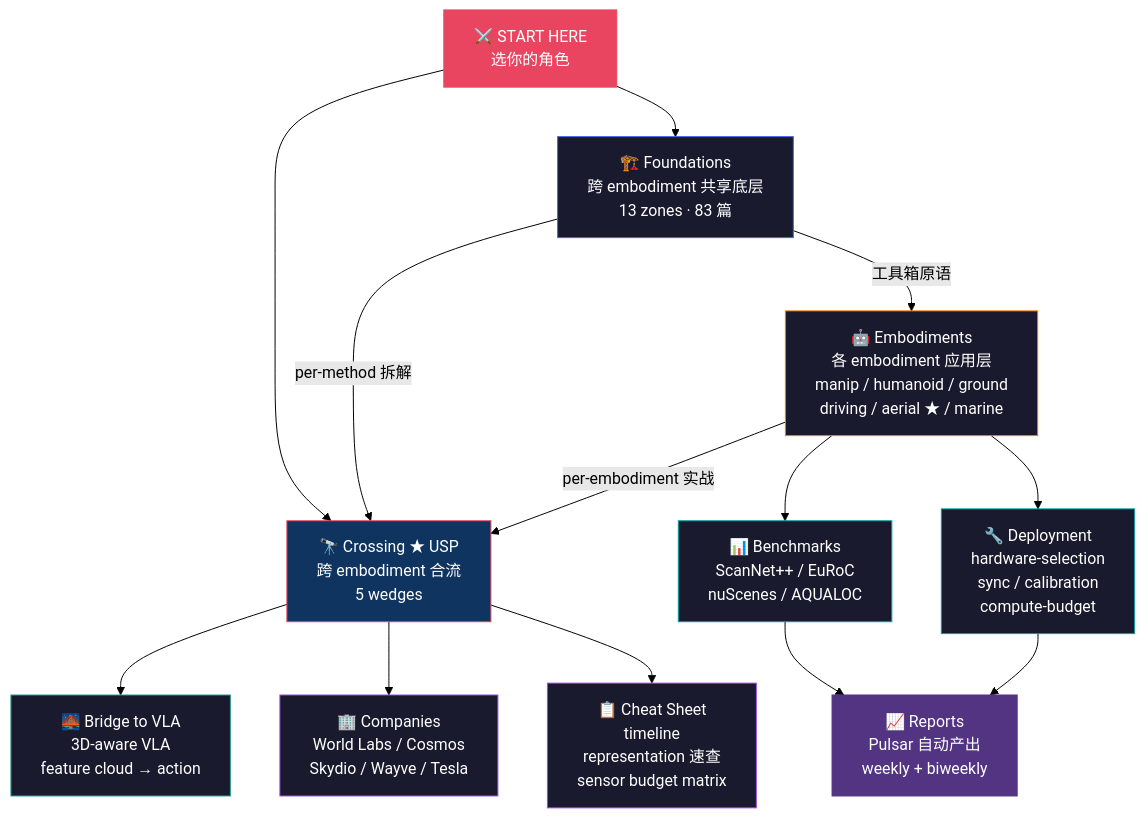
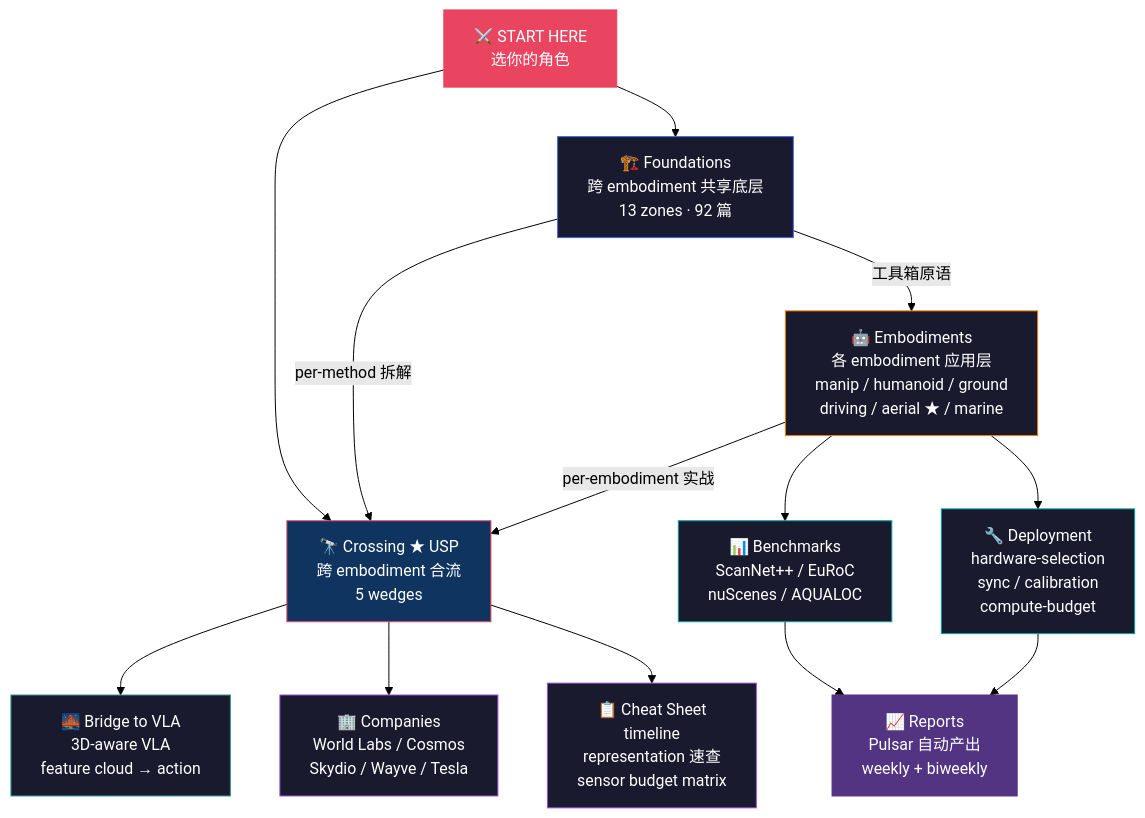
The diagram in README.md (sou350121/Spatial-Intelligence-Handbook), drawn with Mermaid (forest theme) before and after one commit. The commit also changed other lines of this file and 15 other files, not shown here.

````diff
--- a/README.md
+++ b/README.md
@@ -62,31 +62,31 @@
 ```mermaid
 graph TD
-    START["⚔️ START HERE<br/>选你的角色"] --> FOUND["🏗️ Foundations<br/>跨 embodiment 共享底层<br/>13 zones · 83 篇"]
+    START["⚔️ START HERE<br/>选你的角色"] --> FOUND["🏗️ Foundations<br/>跨 embodiment 共享底层<br/>13 zones · 92 篇"]
     START --> CROSS["🔭 Crossing ★ USP<br/>跨 embodiment 合流<br/>5 wedges"]
 
     FOUND -->|"工具箱原语"| EMB["🤖 Embodiments<br/>各 embodiment 应用层<br/>manip / humanoid / ground<br/>driving / aerial ★ / marine"]
     FOUND -->|"per-method 拆解"| CROSS
 
     EMB -->|"per-embodiment 实战"| CROSS
 
     CROSS --> BRIDGE["🌉 Bridge to VLA<br/>3D-aware VLA<br/>feature cloud → action"]
     CROSS --> COMP["🏢 Companies<br/>World Labs / Cosmos<br/>Skydio / Wayve / Tesla"]
     CROSS --> CHEAT["📋 Cheat Sheet<br/>timeline<br/>representation 速查<br/>sensor budget matrix"]
 
     EMB --> BENCH["📊 Benchmarks<br/>ScanNet++ / EuRoC<br/>nuScenes / AQUALOC"]
     EMB --> DEPLOY["🔧 Deployment<br/>hardware-selection<br/>sync / calibration<br/>compute-budget"]
 
     BENCH --> REP["📈 Reports<br/>Pulsar 自动产出<br/>weekly + biweekly"]
     DEPLOY --> REP
 
     style START fill:#e94560,stroke:#e94560,color:#fff
     style FOUND fill:#1a1a2e,stroke:#4361ee,color:#fff
     style EMB fill:#1a1a2e,stroke:#f77f00,color:#fff
     style CROSS fill:#0f3460,stroke:#e94560,color:#fff
     style BRIDGE fill:#1a1a2e,stroke:#2a9d8f,color:#fff
     style COMP fill:#1a1a2e,stroke:#9d4edd,color:#fff
     style CHEAT fill:#1a1a2e,stroke:#9d4edd,color:#fff
     style BENCH fill:#1a1a2e,stroke:#06a0a0,color:#fff
     style DEPLOY fill:#1a1a2e,stroke:#06a0a0,color:#fff
     style REP fill:#533483,stroke:#533483,color:#fff
 ```
````
